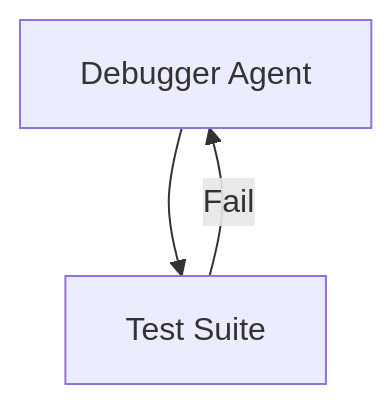
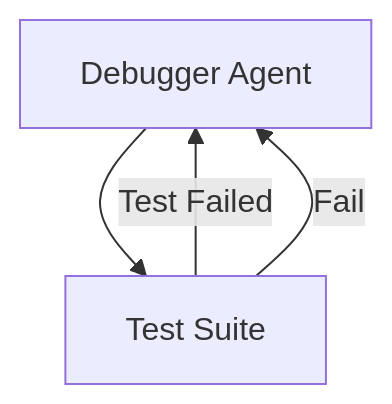
The second of 3 diagrams in docs/articles/software_bug_assistant.md (APAF-bioinformatics/HydraR), drawn with Mermaid before and after one commit. The commit also changed other lines of this file and 145 other files, not shown here.

````diff
--- a/docs/articles/software_bug_assistant.md
+++ b/docs/articles/software_bug_assistant.md
@@ -125,7 +147,8 @@
 ``` mermaid
 graph TD
   Analyzer["Debugger Agent"]
   Tester["Test Suite"]
   Analyzer --> Tester
+  Tester -- Test Failed --> Analyzer
   Tester -- Fail --> Analyzer
 ```
````
